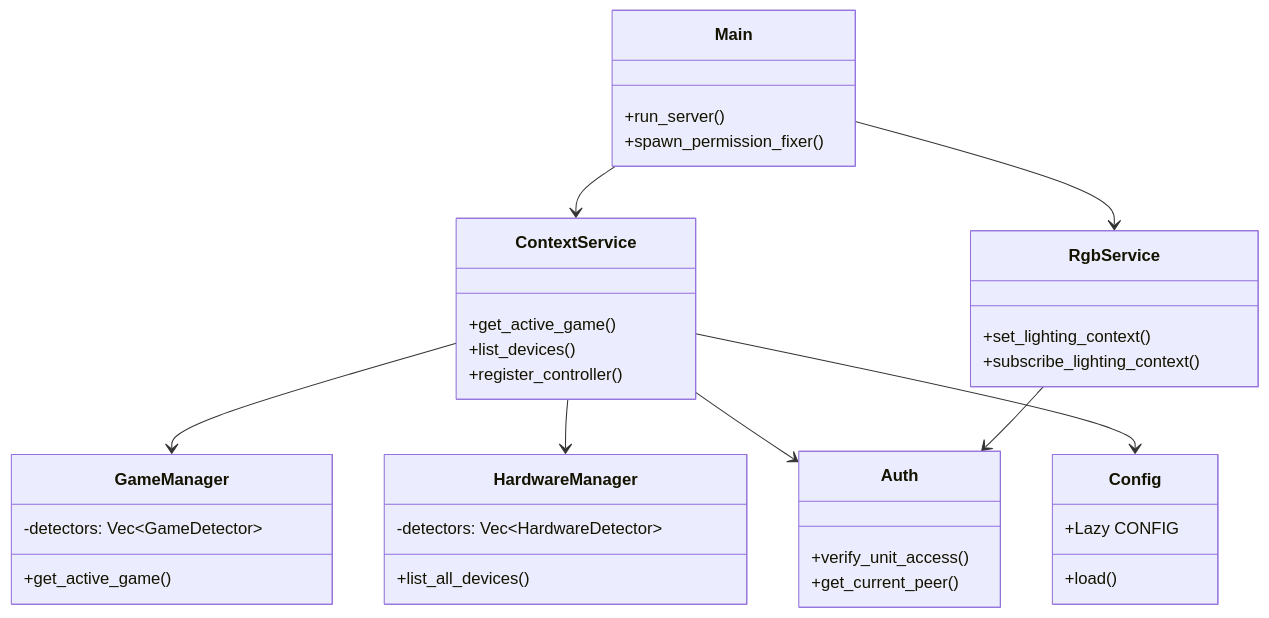
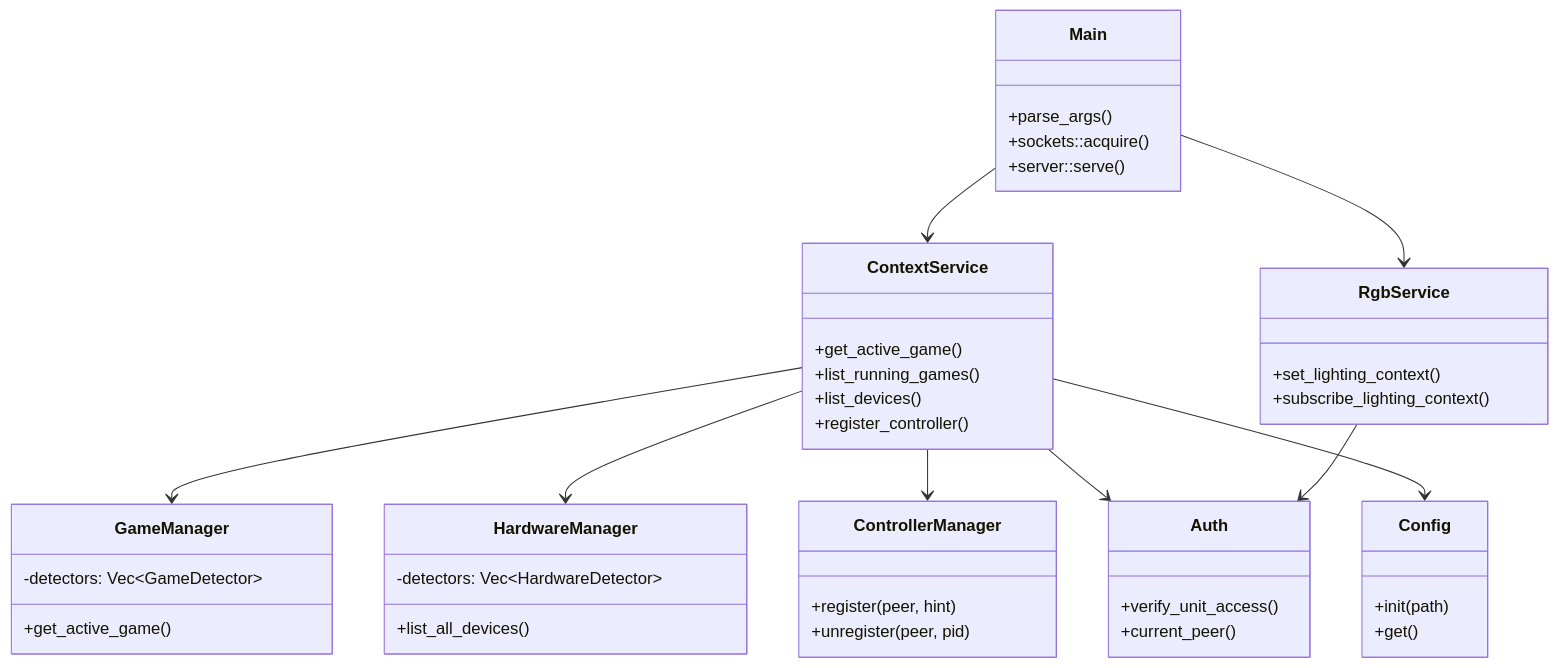
One commit to shanefagan/contextd changed the first of 4 diagrams in docs/architecture.md. Above: the diagram before and after it, drawn with Mermaid. The commit also changed other lines of this file and 68 other files, not shown here.

````diff
--- a/docs/architecture.md
+++ b/docs/architecture.md
@@ -9,46 +9,54 @@
 ```mermaid
 classDiagram
     class Main {
-        +run_server()
-        +spawn_permission_fixer()
+        +parse_args()
+        +sockets::acquire()
+        +server::serve()
     }
 
     class ContextService {
         +get_active_game()
+        +list_running_games()
         +list_devices()
         +register_controller()
     }
 
     class RgbService {
         +set_lighting_context()
         +subscribe_lighting_context()
     }
 
     class GameManager {
         -detectors: Vec~GameDetector~
         +get_active_game()
     }
 
     class HardwareManager {
         -detectors: Vec~HardwareDetector~
         +list_all_devices()
     }
 
     class Config {
-        +Lazy CONFIG
-        +load()
+        +init(path)
+        +get()
     }
 
     class Auth {
         +verify_unit_access()
-        +get_current_peer()
+        +current_peer()
+    }
+
+    class ControllerManager {
+        +register(peer, hint)
+        +unregister(peer, pid)
     }
 
     Main --> ContextService
     Main --> RgbService
     ContextService --> GameManager
     ContextService --> HardwareManager
+    ContextService --> ControllerManager
     ContextService --> Auth
     RgbService --> Auth
     ContextService --> Config
 ```
````
